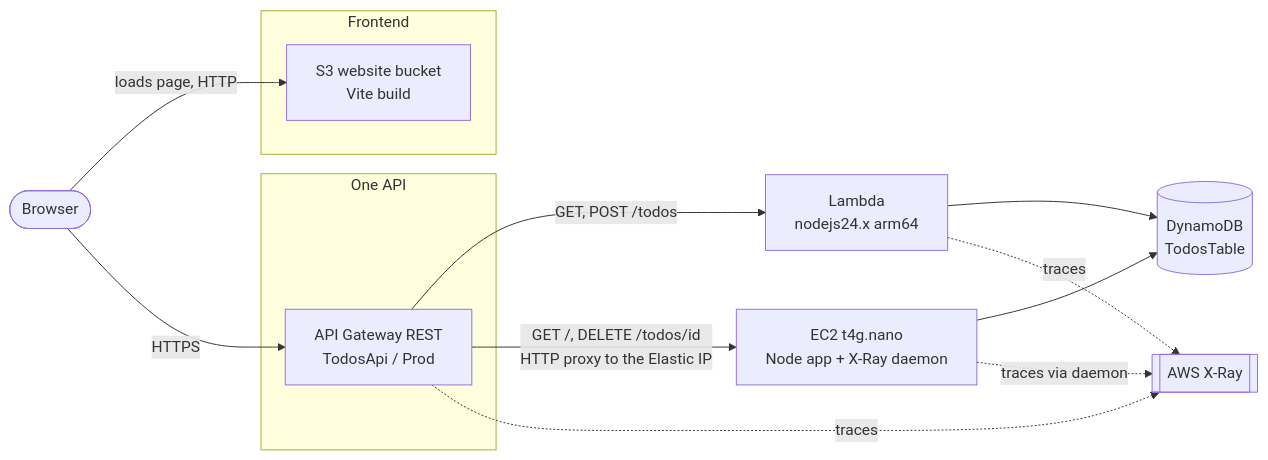
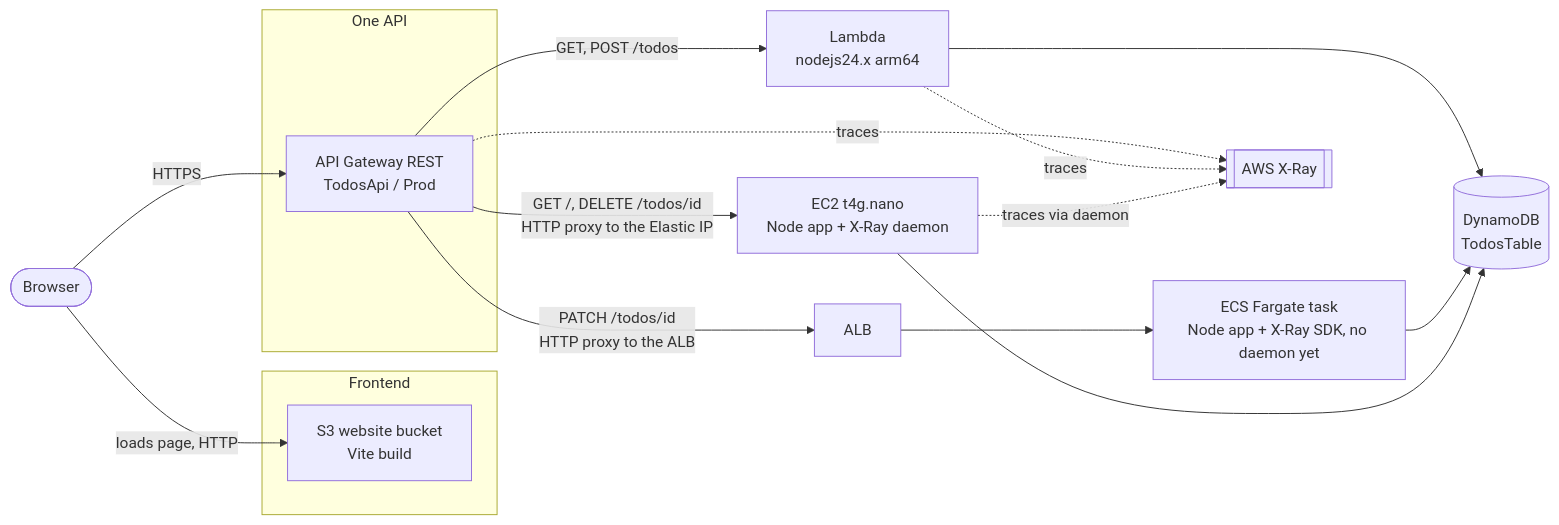
One commit to juan19932carlos/aws-xray-example changed the first of 2 diagrams in architecture/infrastructure.md. Above: the diagram before and after it, drawn with Mermaid. The commit also changed other lines of this file and 3 other files, not shown here.

Commit message:
docs: add journal 03 and document the ECS Fargate path

````diff
--- a/architecture/infrastructure.md
+++ b/architecture/infrastructure.md
@@ -7,27 +7,30 @@
 ```mermaid
 flowchart LR
     Browser([Browser])
 
     subgraph Frontend
         S3[S3 website bucket<br/>Vite build]
     end
 
     subgraph "One API"
         Api[API Gateway REST<br/>TodosApi / Prod]
     end
 
     Lambda[Lambda<br/>nodejs24.x arm64]
     DDB[(DynamoDB<br/>TodosTable)]
     EC2[EC2 t4g.nano<br/>Node app + X-Ray daemon]
+    Alb[ALB]
+    Ecs[ECS Fargate task<br/>Node app + X-Ray SDK, no daemon yet]
     XRay[[AWS X-Ray]]
 
     Browser -->|loads page, HTTP| S3
     Browser -->|HTTPS| Api
     Api -->|GET, POST /todos| Lambda --> DDB
     Api -->|GET /, DELETE /todos/id<br/>HTTP proxy to the Elastic IP| EC2
+    Api -->|PATCH /todos/id<br/>HTTP proxy to the ALB| Alb --> Ecs --> DDB
     EC2 --> DDB
 
     Api -.traces.-> XRay
     Lambda -.traces.-> XRay
     EC2 -.traces via daemon.-> XRay
 ```
````
